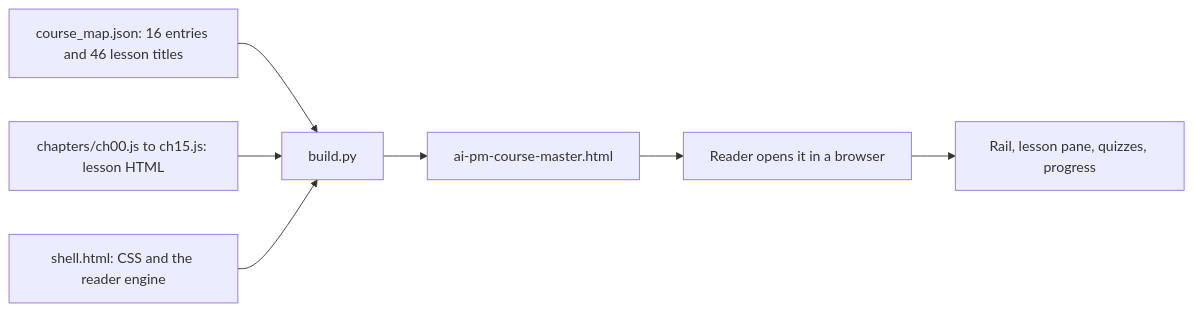
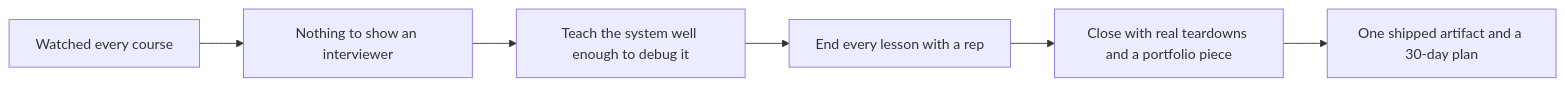
The first of 2 diagrams in README.md (therohitji/ai-pm-2026), drawn with Mermaid before and after one commit. The commit also changed other lines of this file, not shown here.

````diff
--- a/README.md
+++ b/README.md
@@ -43,9 +14,8 @@
 ```mermaid
 flowchart LR
-  A["course_map.json: 16 entries and 46 lesson titles"] --> D["build.py"]
-  B["chapters/ch00.js to ch15.js: lesson HTML"] --> D
-  C["shell.html: CSS and the reader engine"] --> D
-  D --> E["ai-pm-course-master.html"]
-  E --> F["Reader opens it in a browser"]
-  F --> G["Rail, lesson pane, quizzes, progress"]
+  A["Watched every course"] --> B["Nothing to show an interviewer"]
+  B --> C["Teach the system well enough to debug it"]
+  C --> D["End every lesson with a rep"]
+  D --> E["Close with real teardowns and a portfolio piece"]
+  E --> F["One shipped artifact and a 30-day plan"]
 ```
````
